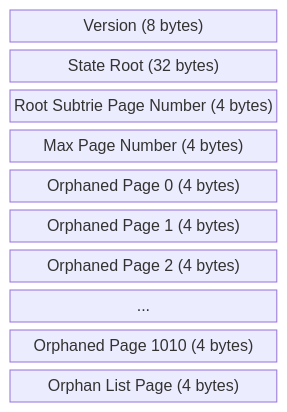
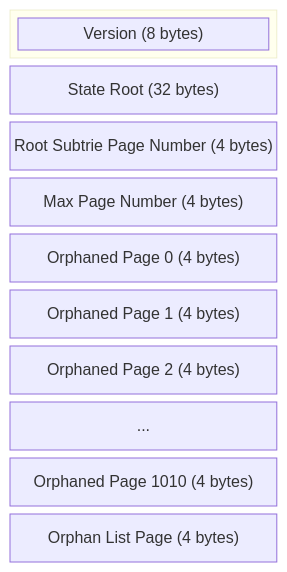
The third of 8 diagrams in README.md (base/triedb), drawn with Mermaid before and after one commit. The commit also changed other lines of this file, not shown here.

Commit message:
Header block

````diff
--- a/README.md
+++ b/README.md
@@ -77,14 +79,16 @@
 ```mermaid
 block-beta
   columns 1
-  Version["Version (8 bytes)"]
+  block:outer
+    Version["Version (8 bytes)"]
+  end
   StateRoot["State Root (32 bytes)"]
   RootPageNum["Root Subtrie Page Number (4 bytes)"]
   MaxPageNum["Max Page Number (4 bytes)"]
   O0["Orphaned Page 0 (4 bytes)"]
   O1["Orphaned Page 1 (4 bytes)"]
   O2["Orphaned Page 2 (4 bytes)"]
   OETC["..."]
   OLast["Orphaned Page 1010 (4 bytes)"]
   ONext["Orphan List Page (4 bytes)"]
 ```
````
